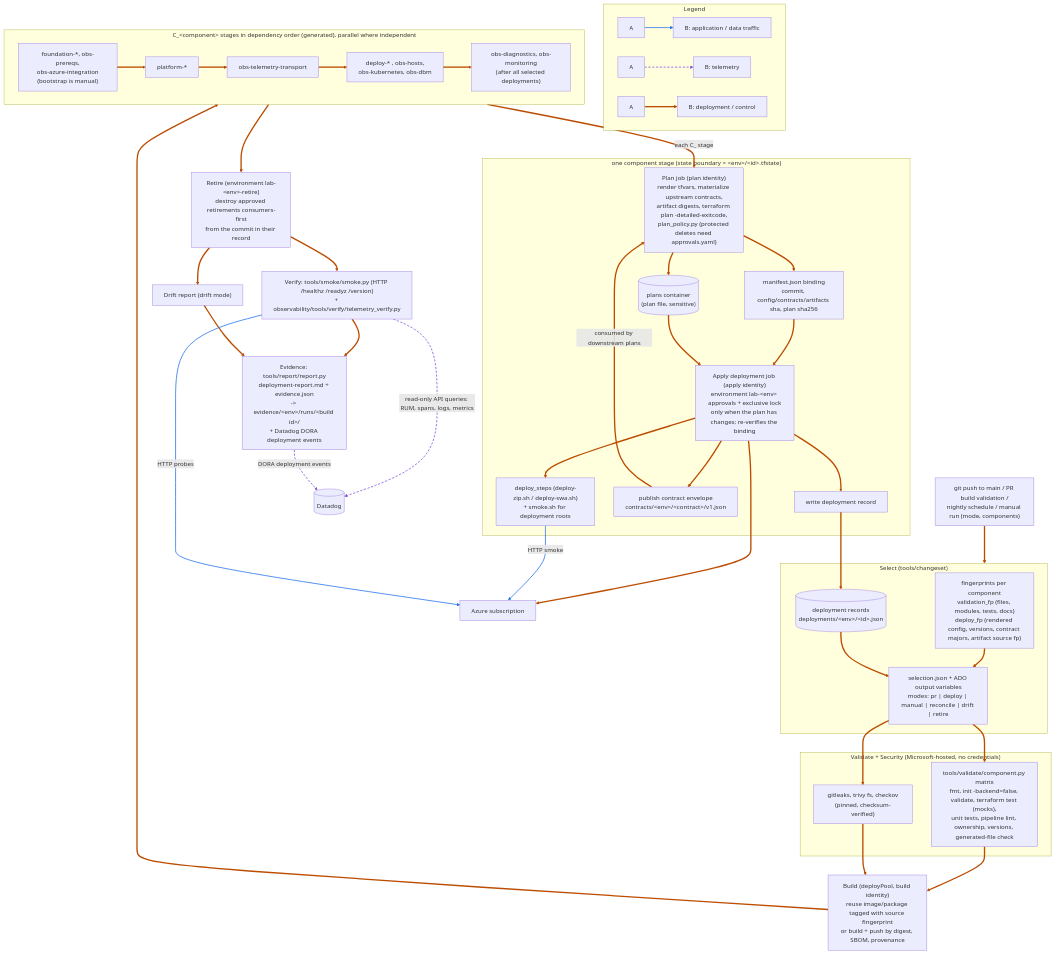
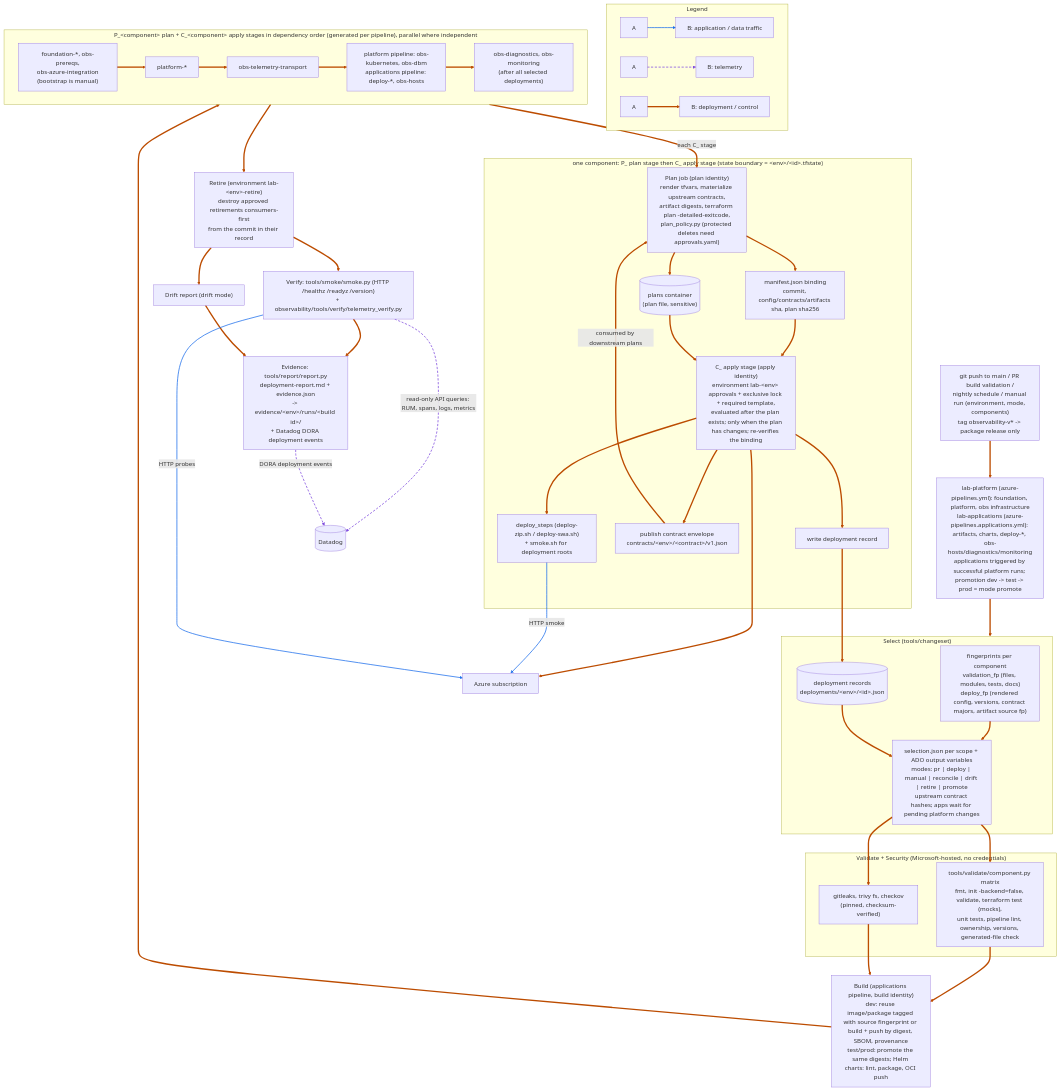
One commit to droderiquesit/enterprise-architecture changed the diagram in docs/diagrams/src/05-delivery.mmd. Above: the diagram before and after it, drawn with Mermaid. The commit also changed 122 other files, not shown here.

First line of the commit message:
Two pipelines (platform IaC + applications) on one governed template; promotion mode, package release stage, template lint, explain CLI; cross-environment promotion grants

```diff
--- a/docs/diagrams/src/05-delivery.mmd
+++ b/docs/diagrams/src/05-delivery.mmd
@@ -1,87 +1,90 @@
-%% Delivery: universal Azure DevOps pipeline (azure-pipelines.yml + pipelines/generated/component-stages.yml).
+%% Delivery: two Azure DevOps pipelines on one governed template (pipelines/templates/universal.yml):
+%% azure-pipelines.yml (platform) and azure-pipelines.applications.yml (applications); generated stages per scope.
 %% Sources: pipelines/README.md, tools/README.md, tools/changeset, tools/deploy, tools/report, ADR-0001 sections 4-5.
 flowchart TB
   subgraph LEGEND["Legend"]
     direction LR
     lg1["A"] la@--> lg2["B: application / data traffic"]
     lg3["A"] lt@-.-> lg4["B: telemetry"]
     lg5["A"] lc@==> lg6["B: deployment / control"]
   end
 
-  GIT["git push to main / PR build validation /<br/>nightly schedule / manual run (mode, components)"]
+  GIT["git push to main / PR build validation /<br/>nightly schedule / manual run (environment, mode, components)<br/>tag observability-v* -> package release only"]
+  PIPES["lab-platform (azure-pipelines.yml): foundation, platform, obs infrastructure<br/>lab-applications (azure-pipelines.applications.yml): artifacts, charts, deploy-*, obs-hosts/diagnostics/monitoring<br/>applications triggered by successful platform runs; promotion dev -> test -> prod = mode promote"]
 
   subgraph SELECT["Select (tools/changeset)"]
     FP["fingerprints per component<br/>validation_fp (files, modules, tests, docs)<br/>deploy_fp (rendered config, versions, contract majors, artifact source fp)"]
     REC[("deployment records<br/>deployments/&lt;env&gt;/&lt;id&gt;.json")]
-    SEL["selection.json + ADO output variables<br/>modes: pr | deploy | manual | reconcile | drift | retire"]
+    SEL["selection.json per scope + ADO output variables<br/>modes: pr | deploy | manual | reconcile | drift | retire | promote<br/>upstream contract hashes; apps wait for pending platform changes"]
   end
 
   subgraph CHECKS["Validate + Security (Microsoft-hosted, no credentials)"]
     VAL["tools/validate/component.py matrix<br/>fmt, init -backend=false, validate, terraform test (mocks),<br/>unit tests, pipeline lint, ownership, versions, generated-file check"]
     SEC["gitleaks, trivy fs, checkov<br/>(pinned, checksum-verified)"]
   end
 
-  BUILD["Build (deployPool, build identity)<br/>reuse image/package tagged with source fingerprint<br/>or build + push by digest, SBOM, provenance"]
+  BUILD["Build (applications pipeline, build identity)<br/>dev: reuse image/package tagged with source fingerprint or build + push by digest, SBOM, provenance<br/>test/prod: promote the same digests; Helm charts: lint, package, OCI push"]
 
-  subgraph WAVES["C_&lt;component&gt; stages in dependency order (generated), parallel where independent"]
+  subgraph WAVES["P_&lt;component&gt; plan + C_&lt;component&gt; apply stages in dependency order (generated per pipeline), parallel where independent"]
     direction LR
     W0["foundation-*, obs-prereqs,<br/>obs-azure-integration<br/>(bootstrap is manual)"] w01@==> W1["platform-*"]
     W1 w12@==> W2["obs-telemetry-transport"]
-    W2 w23@==> W3["deploy-* , obs-hosts,<br/>obs-kubernetes, obs-dbm"]
+    W2 w23@==> W3["platform pipeline: obs-kubernetes, obs-dbm<br/>applications pipeline: deploy-*, obs-hosts"]
     W3 w34@==> W4["obs-diagnostics, obs-monitoring<br/>(after all selected deployments)"]
   end
 
-  subgraph STAGE["one component stage (state boundary = &lt;env&gt;/&lt;id&gt;.tfstate)"]
+  subgraph STAGE["one component: P_ plan stage then C_ apply stage (state boundary = &lt;env&gt;/&lt;id&gt;.tfstate)"]
     PLAN["Plan job (plan identity)<br/>render tfvars, materialize upstream contracts,<br/>artifact digests, terraform plan -detailed-exitcode,<br/>plan_policy.py (protected deletes need approvals.yaml)"]
     PLANS[("plans container<br/>(plan file, sensitive)")]
     MAN["manifest.json binding<br/>commit, config/contracts/artifacts sha, plan sha256"]
-    APPLY["Apply deployment job (apply identity)<br/>environment lab-&lt;env&gt; approvals + exclusive lock<br/>only when the plan has changes; re-verifies the binding"]
+    APPLY["C_ apply stage (apply identity)<br/>environment lab-&lt;env&gt; approvals + exclusive lock + required template,<br/>evaluated after the plan exists; only when the plan has changes; re-verifies the binding"]
     POST["deploy_steps (deploy-zip.sh / deploy-swa.sh)<br/>+ smoke.sh for deployment roots"]
     PUB["publish contract envelope<br/>contracts/&lt;env&gt;/&lt;contract&gt;/v1.json"]
     WREC["write deployment record"]
   end
 
   RETIRE["Retire (environment lab-&lt;env&gt;-retire)<br/>destroy approved retirements consumers-first<br/>from the commit in their record"]
   VERIFY["Verify: tools/smoke/smoke.py (HTTP /healthz /readyz /version)<br/>+ observability/tools/verify/telemetry_verify.py"]
   DRIFT["Drift report (drift mode)"]
   EVID["Evidence: tools/report/report.py<br/>deployment-report.md + evidence.json<br/>-> evidence/&lt;env&gt;/runs/&lt;build id&gt;/<br/>+ Datadog DORA deployment events"]
 
   AZ["Azure subscription"]
   DDOG[("Datadog")]
 
-  GIT c1@==> SELECT
+  GIT c1@==> PIPES
+  PIPES c0@==> SELECT
   FP c2@==> SEL
   REC c3@==> SEL
   SEL c4@==> VAL
   SEL c5@==> SEC
   VAL c6@==> BUILD
   SEC c7@==> BUILD
   BUILD c8@==> WAVES
   WAVES c9@==>|"each C_ stage"| PLAN
   PLAN c10@==> PLANS
   PLAN c11@==> MAN
   MAN c12@==> APPLY
   PLANS c13@==> APPLY
   APPLY c14@==> AZ
   APPLY c15@==> POST
   APPLY c16@==> PUB
   PUB c17@==>|"consumed by downstream plans"| PLAN
   APPLY c18@==> WREC
   WREC c19@==> REC
   WAVES c20@==> RETIRE
   RETIRE c21@==> VERIFY
   RETIRE c22@==> DRIFT
   VERIFY c23@==> EVID
   DRIFT c24@==> EVID
 
   POST a1@-->|"HTTP smoke"| AZ
   VERIFY a2@-->|"HTTP probes"| AZ
   VERIFY t1@-.->|"read-only API queries: RUM, spans, logs, metrics"| DDOG
   EVID t2@-.->|"DORA deployment events"| DDOG
 
   classDef app stroke:#1f6feb,stroke-width:2px
   classDef tel stroke:#8250df,stroke-width:2px,stroke-dasharray:6 4
   classDef ctl stroke:#bc4c00,stroke-width:3.5px
   class la,a1,a2 app
   class lt,t1,t2 tel
-  class lc,c1,c2,c3,c4,c5,c6,c7,c8,c9,c10,c11,c12,c13,c14,c15,c16,c17,c18,c19,c20,c21,c22,c23,c24,w01,w12,w23,w34 ctl
+  class lc,c0,c1,c2,c3,c4,c5,c6,c7,c8,c9,c10,c11,c12,c13,c14,c15,c16,c17,c18,c19,c20,c21,c22,c23,c24,w01,w12,w23,w34 ctl
```
